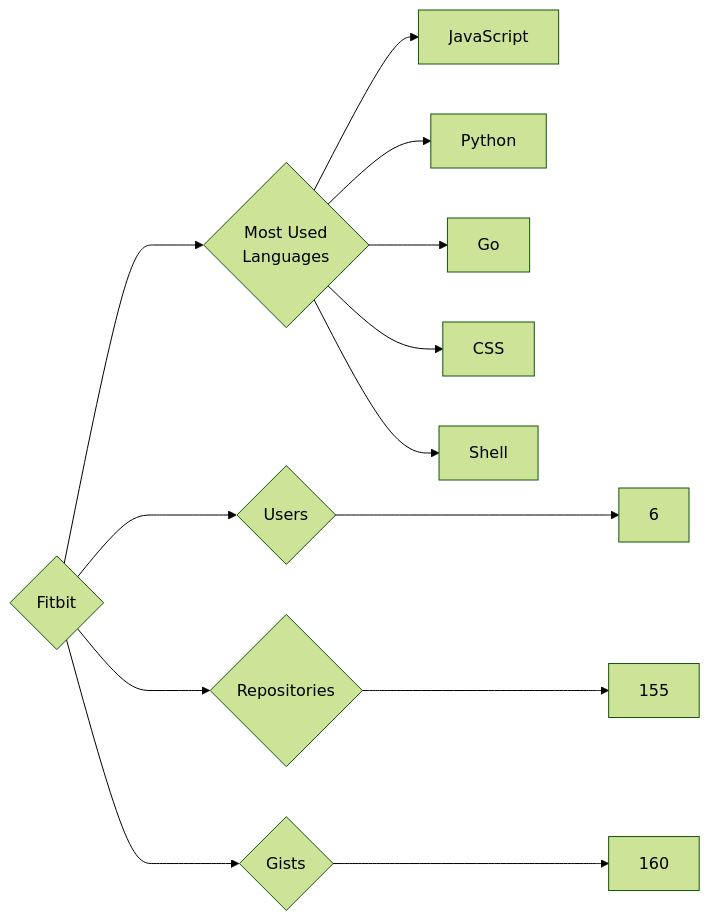
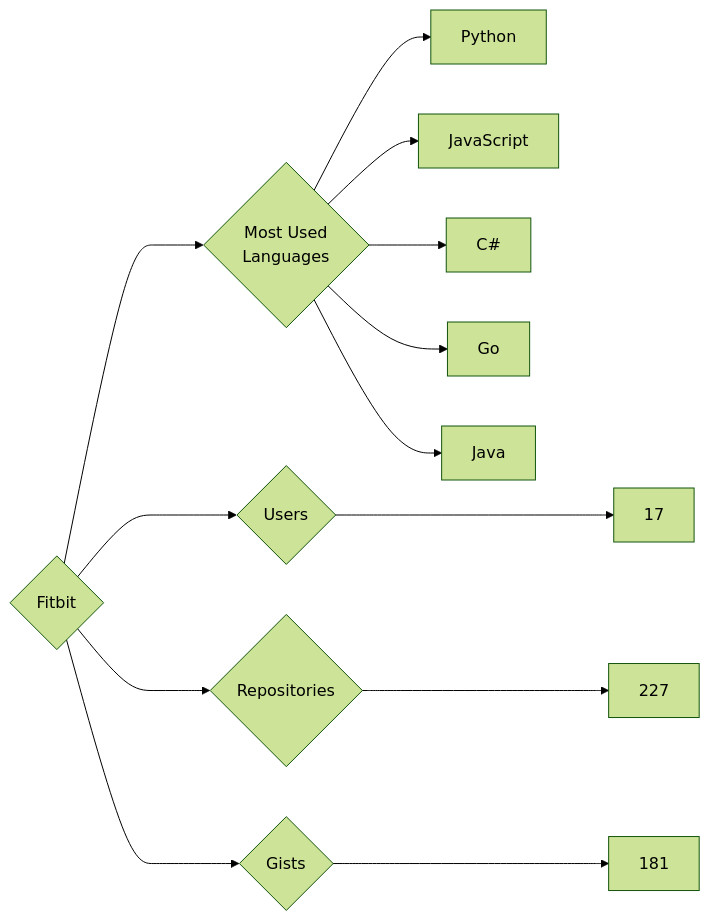
The diagram in targets/Fitbit/README.md (trickest/insiders), drawn with Mermaid (forest theme) before and after one commit. The commit also changed 786 other files, not shown here.

````diff
--- a/targets/Fitbit/README.md
+++ b/targets/Fitbit/README.md
@@ -3,13 +3,13 @@
 ```mermaid
 graph LR
 COMPANY_NAME{Fitbit}
-COMPANY_NAME ---> U{Users} ---> UN[6]
-COMPANY_NAME ---> R{Repositories} ---> RN[155]
-COMPANY_NAME ---> G{Gists} ---> GN[160]
+COMPANY_NAME ---> U{Users} ---> UN[17]
+COMPANY_NAME ---> R{Repositories} ---> RN[227]
+COMPANY_NAME ---> G{Gists} ---> GN[181]
 COMPANY_NAME ---> ML{Most Used<br>Languages}
+ML --> Python[Python]
 ML --> JavaScript[JavaScript]
-ML --> Python[Python]
+ML --> C#[C#]
 ML --> Go[Go]
-ML --> CSS[CSS]
-ML --> Shell[Shell]
+ML --> Java[Java]
 ```
````
